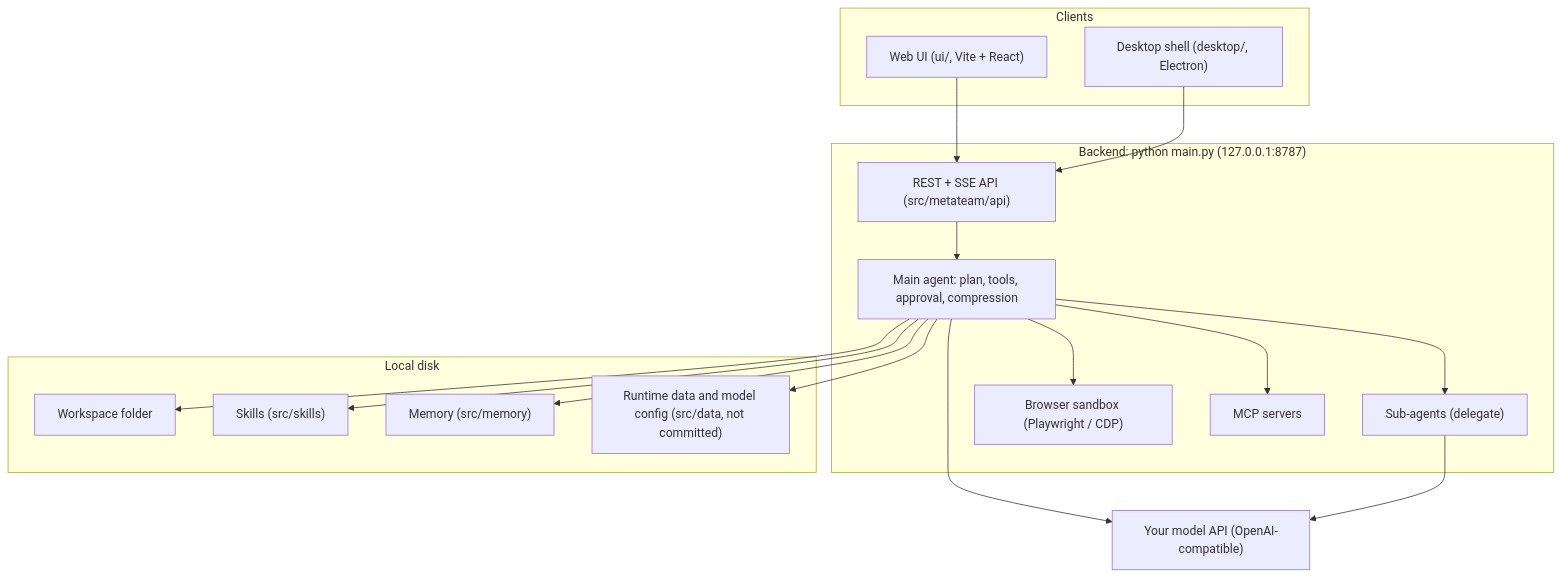
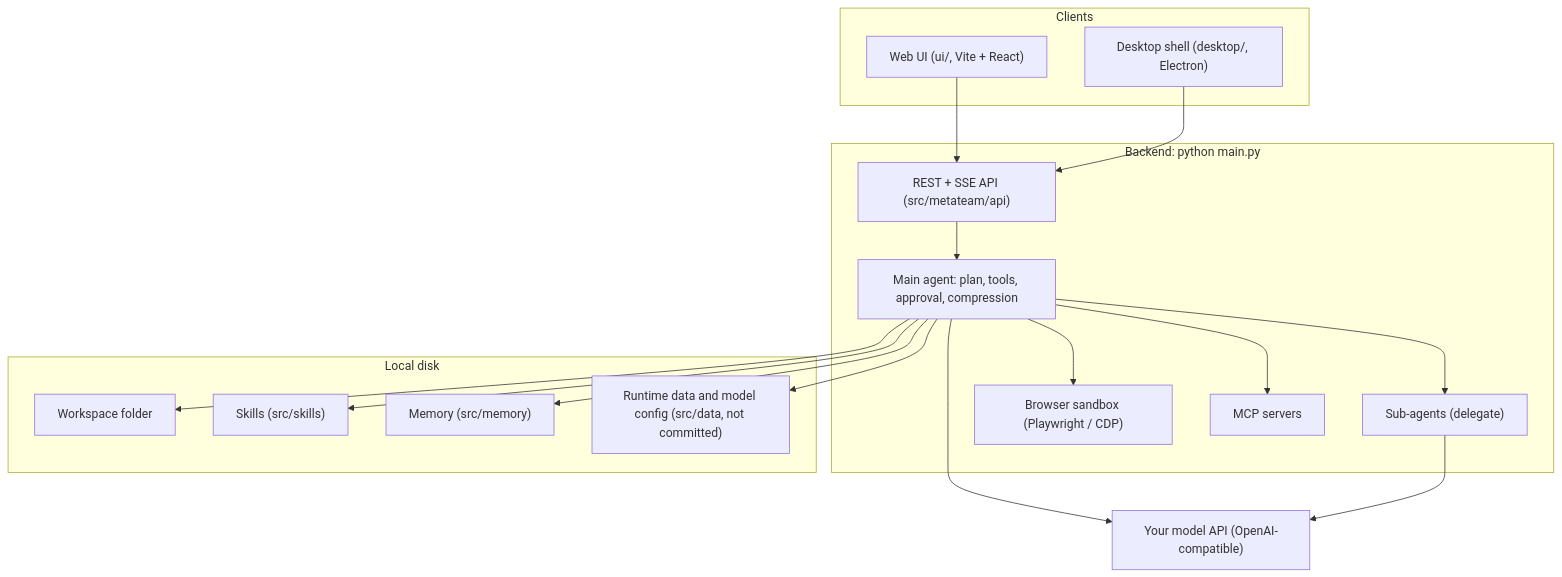
One commit to GQQI/EdgeSidekick changed the diagram in README.md. Above: the diagram before and after it, drawn with Mermaid. The commit also changed other lines of this file and 1 other file, not shown here.

````diff
--- a/README.md
+++ b/README.md
@@ -144,33 +144,33 @@
 ```mermaid
 flowchart TB
   subgraph Client["Clients"]
     UI["Web UI (ui/, Vite + React)"]
     DESK["Desktop shell (desktop/, Electron)"]
   end
-  subgraph Server["Backend: python main.py (127.0.0.1:8787)"]
+  subgraph Server["Backend: python main.py"]
     API["REST + SSE API (src/metateam/api)"]
     AGENT["Main agent: plan, tools, approval, compression"]
     SUB["Sub-agents (delegate)"]
     BROWSER["Browser sandbox (Playwright / CDP)"]
     MCP["MCP servers"]
   end
   subgraph Disk["Local disk"]
     WS["Workspace folder"]
     SKILLS["Skills (src/skills)"]
     MEM["Memory (src/memory)"]
     DATA["Runtime data and model config (src/data, not committed)"]
   end
   LLM["Your model API (OpenAI-compatible)"]
   UI --> API
   DESK --> API
   API --> AGENT
   AGENT --> SUB
   AGENT --> BROWSER
   AGENT --> MCP
   AGENT --> WS
   AGENT --> SKILLS
   AGENT --> MEM
   AGENT --> DATA
   AGENT --> LLM
   SUB --> LLM
 ```
````
